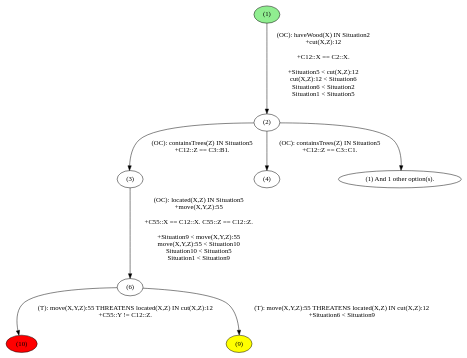
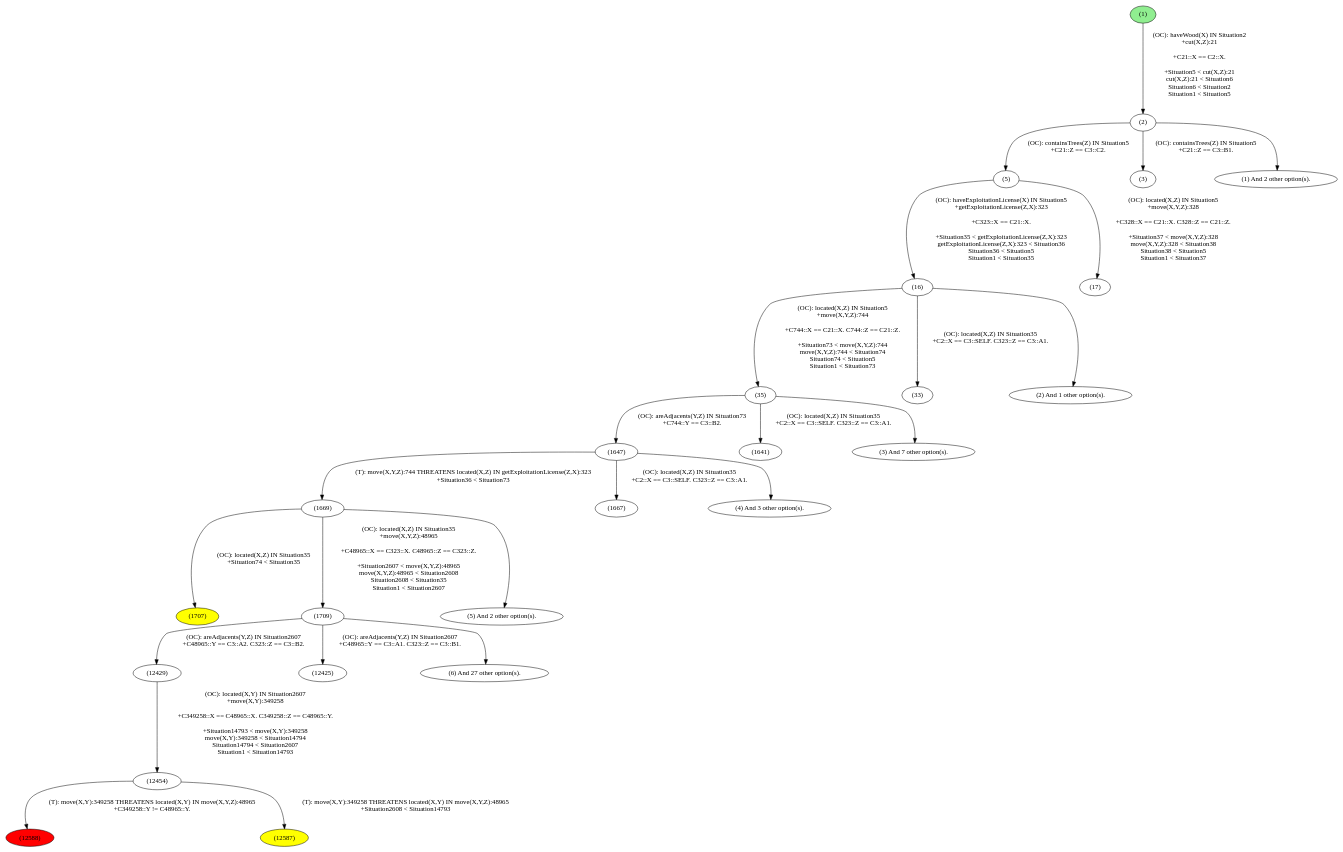
One commit to tokyramarozaka/mimosa-iriela-extension changed the diagram in output/detailed.png.dot. Above: the diagram before and after it, drawn with Graphviz. The commit also changed 15 other files, not shown here.

```diff
--- a/output/detailed.png.dot
+++ b/output/detailed.png.dot
@@ -1,44 +1,126 @@
 digraph G {
-"(10) " [style=filled,fillcolor="red"];
-"(9) " [style=filled,fillcolor="yellow"];
+"(12588) " [style=filled,fillcolor="red"];
+"(12587) " [style=filled,fillcolor="yellow"];
+"(1707) " [style=filled,fillcolor="yellow"];
 "(1) " [style=filled,fillcolor="lightgreen"];
 "(1) " -> "(2) " [label="(OC): haveWood(X) IN Situation2
-+cut(X,Z):12
++cut(X,Z):21
 
-+C12::X == C2::X. 
++C21::X == C2::X. 
 
-+Situation5 < cut(X,Z):12
-cut(X,Z):12 < Situation6
++Situation5 < cut(X,Z):21
+cut(X,Z):21 < Situation6
 Situation6 < Situation2
 Situation1 < Situation5
 
 "];
-"(2) " -> "(3) " [label="(OC): containsTrees(Z) IN Situation5
-+C12::Z == C3::B1. 
+"(2) " -> "(5) " [label="(OC): containsTrees(Z) IN Situation5
++C21::Z == C3::C2. 
 
 "];
-"(2) " -> "(4) " [label="(OC): containsTrees(Z) IN Situation5
-+C12::Z == C3::C1. 
+"(2) " -> "(3) " [label="(OC): containsTrees(Z) IN Situation5
++C21::Z == C3::B1. 
 
 "];
-"(2) " -> "(1) And 1 other option(s).";
-"(3) " -> "(6) " [label="(OC): located(X,Z) IN Situation5
-+move(X,Y,Z):55
+"(2) " -> "(1) And 2 other option(s).";
+"(5) " -> "(16) " [label="(OC): haveExploitationLicense(X) IN Situation5
++getExploitationLicense(Z,X):323
 
-+C55::X == C12::X. C55::Z == C12::Z. 
++C323::X == C21::X. 
 
-+Situation9 < move(X,Y,Z):55
-move(X,Y,Z):55 < Situation10
-Situation10 < Situation5
-Situation1 < Situation9
++Situation35 < getExploitationLicense(Z,X):323
+getExploitationLicense(Z,X):323 < Situation36
+Situation36 < Situation5
+Situation1 < Situation35
 
 "];
-"(6) " -> "(10) " [label="(T): move(X,Y,Z):55 THREATENS located(X,Z) IN cut(X,Z):12
-+C55::Y != C12::Z. 
+"(5) " -> "(17) " [label="(OC): located(X,Z) IN Situation5
++move(X,Y,Z):328
+
++C328::X == C21::X. C328::Z == C21::Z. 
+
++Situation37 < move(X,Y,Z):328
+move(X,Y,Z):328 < Situation38
+Situation38 < Situation5
+Situation1 < Situation37
 
 "];
-"(6) " -> "(9) " [label="(T): move(X,Y,Z):55 THREATENS located(X,Z) IN cut(X,Z):12
-+Situation6 < Situation9
+"(16) " -> "(35) " [label="(OC): located(X,Z) IN Situation5
++move(X,Y,Z):744
+
++C744::X == C21::X. C744::Z == C21::Z. 
+
++Situation73 < move(X,Y,Z):744
+move(X,Y,Z):744 < Situation74
+Situation74 < Situation5
+Situation1 < Situation73
+
+"];
+"(16) " -> "(33) " [label="(OC): located(X,Z) IN Situation35
++C2::X == C3::SELF. C323::Z == C3::A1. 
+
+"];
+"(16) " -> "(2) And 1 other option(s).";
+"(35) " -> "(1647) " [label="(OC): areAdjacents(Y,Z) IN Situation73
++C744::Y == C3::B2. 
+
+"];
+"(35) " -> "(1641) " [label="(OC): located(X,Z) IN Situation35
++C2::X == C3::SELF. C323::Z == C3::A1. 
+
+"];
+"(35) " -> "(3) And 7 other option(s).";
+"(1647) " -> "(1669) " [label="(T): move(X,Y,Z):744 THREATENS located(X,Z) IN getExploitationLicense(Z,X):323
++Situation36 < Situation73
+
+"];
+"(1647) " -> "(1667) " [label="(OC): located(X,Z) IN Situation35
++C2::X == C3::SELF. C323::Z == C3::A1. 
+
+"];
+"(1647) " -> "(4) And 3 other option(s).";
+"(1669) " -> "(1709) " [label="(OC): located(X,Z) IN Situation35
++move(X,Y,Z):48965
+
++C48965::X == C323::X. C48965::Z == C323::Z. 
+
++Situation2607 < move(X,Y,Z):48965
+move(X,Y,Z):48965 < Situation2608
+Situation2608 < Situation35
+Situation1 < Situation2607
+
+"];
+"(1669) " -> "(1707) " [label="(OC): located(X,Z) IN Situation35
++Situation74 < Situation35
+
+"];
+"(1669) " -> "(5) And 2 other option(s).";
+"(1709) " -> "(12429) " [label="(OC): areAdjacents(Y,Z) IN Situation2607
++C48965::Y == C3::A2. C323::Z == C3::B2. 
+
+"];
+"(1709) " -> "(12425) " [label="(OC): areAdjacents(Y,Z) IN Situation2607
++C48965::Y == C3::A1. C323::Z == C3::B1. 
+
+"];
+"(1709) " -> "(6) And 27 other option(s).";
+"(12429) " -> "(12454) " [label="(OC): located(X,Y) IN Situation2607
++move(X,Y):349258
+
++C349258::X == C48965::X. C349258::Z == C48965::Y. 
+
++Situation14793 < move(X,Y):349258
+move(X,Y):349258 < Situation14794
+Situation14794 < Situation2607
+Situation1 < Situation14793
+
+"];
+"(12454) " -> "(12588) " [label="(T): move(X,Y):349258 THREATENS located(X,Y) IN move(X,Y,Z):48965
++C349258::Y != C48965::Y. 
+
+"];
+"(12454) " -> "(12587) " [label="(T): move(X,Y):349258 THREATENS located(X,Y) IN move(X,Y,Z):48965
++Situation2608 < Situation14793
 
 "];
 }
```
